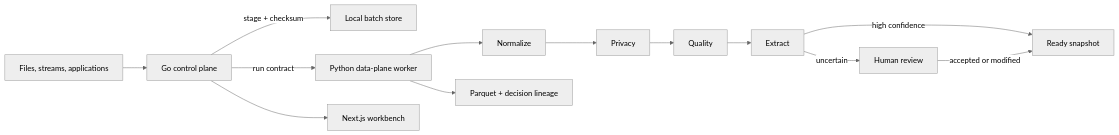
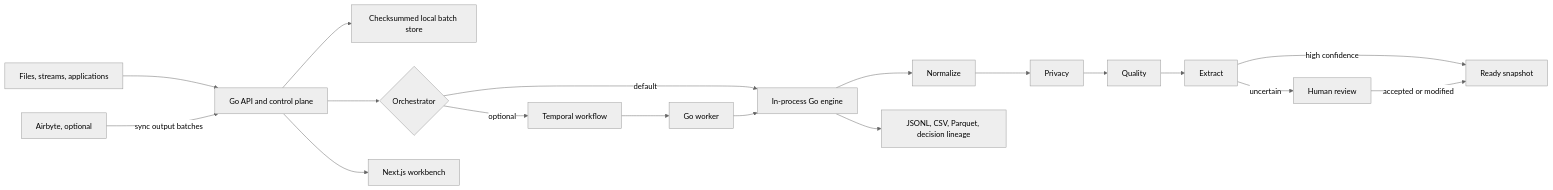
One commit to realAllenSong/Verity changed the diagram in docs/architecture.md. Above: the diagram before and after it, drawn with Mermaid (neutral theme). The commit also changed other lines of this file and 35 other files, not shown here.

Commit message:
Unify Verity data plane in Go

````diff
--- a/docs/architecture.md
+++ b/docs/architecture.md
@@ -5,15 +7,20 @@
 ```mermaid
 flowchart LR
-    A[Files, streams, applications] --> B[Go control plane]
-    B -->|stage + checksum| C[Local batch store]
-    B -->|run contract| D[Python data-plane worker]
-    D --> E0[Normalize]
+    A[Files, streams, applications] --> B[Go API and control plane]
+    X[Airbyte, optional] -->|sync output batches| B
+    B --> C[Checksummed local batch store]
+    B --> D{Orchestrator}
+    D -->|default| E[In-process Go engine]
+    D -->|optional| T[Temporal workflow]
+    T --> W[Go worker]
+    W --> E
+    E --> E0[Normalize]
     E0 --> E1[Privacy]
     E1 --> E2[Quality]
     E2 --> E3[Extract]
     E3 -->|high confidence| F[Ready snapshot]
     E3 -->|uncertain| G[Human review]
     G -->|accepted or modified| F
-    D --> H[Parquet + decision lineage]
+    E --> H[JSONL, CSV, Parquet, decision lineage]
     B --> I[Next.js workbench]
 ```
````
